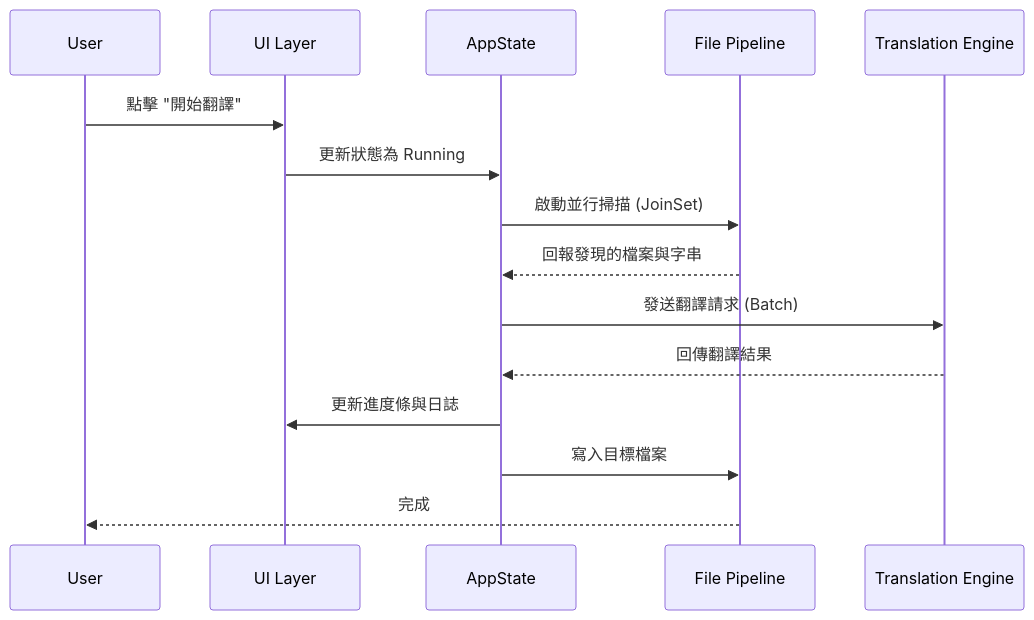
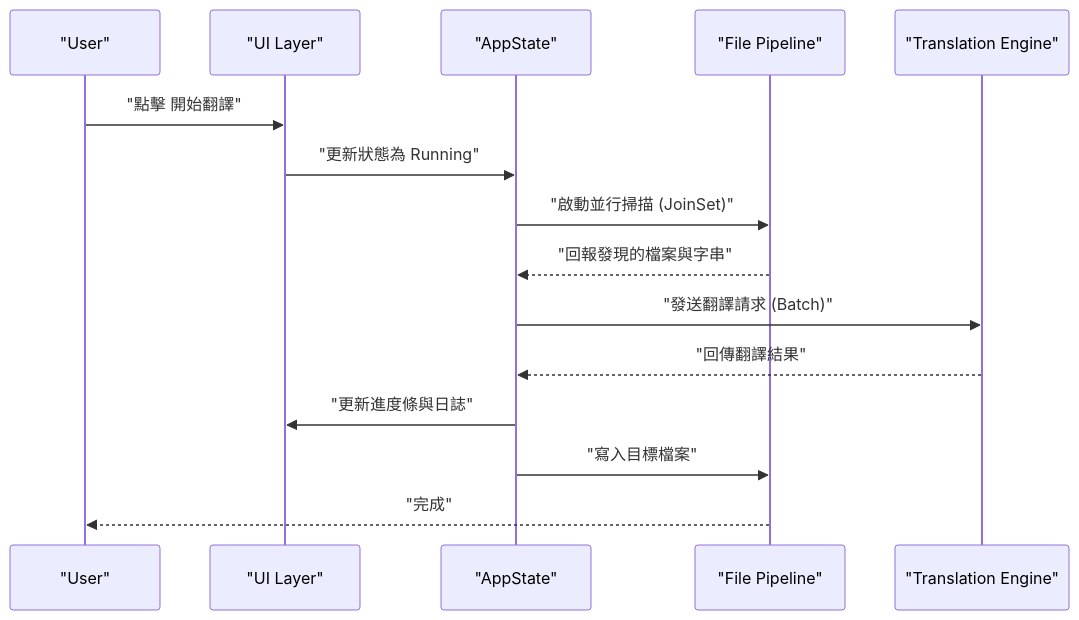
One commit to mn12345678910/mc_translator changed the second of 2 diagrams in docs/architecture/overview.md. Above: the diagram before and after it, drawn with Mermaid. The commit also changed other lines of this file and 4 other files, not shown here.

Commit message:
修復：優化 Mermaid 圖表語法，為標籤加上引號以提升渲染相容性

````diff
--- a/docs/architecture/overview.md
+++ b/docs/architecture/overview.md
@@ -36,18 +36,18 @@
 ```mermaid
 sequenceDiagram
-    participant U as User
-    participant UI as UI Layer
-    participant S as AppState
-    participant F as File Pipeline
-    participant T as Translation Engine
+    participant U as "User"
+    participant UI as "UI Layer"
+    participant S as "AppState"
+    participant F as "File Pipeline"
+    participant T as "Translation Engine"
     
-    U->>UI: 點擊 "開始翻譯"
-    UI->>S: 更新狀態為 Running
-    S->>F: 啟動並行掃描 (JoinSet)
-    F-->>S: 回報發現的檔案與字串
-    S->>T: 發送翻譯請求 (Batch)
-    T-->>S: 回傳翻譯結果
-    S->>UI: 更新進度條與日誌
-    S->>F: 寫入目標檔案
-    F-->>U: 完成
+    U->>UI: "點擊 開始翻譯"
+    UI->>S: "更新狀態為 Running"
+    S->>F: "啟動並行掃描 (JoinSet)"
+    F-->>S: "回報發現的檔案與字串"
+    S->>T: "發送翻譯請求 (Batch)"
+    T-->>S: "回傳翻譯結果"
+    S->>UI: "更新進度條與日誌"
+    S->>F: "寫入目標檔案"
+    F-->>U: "完成"
 ```
````
